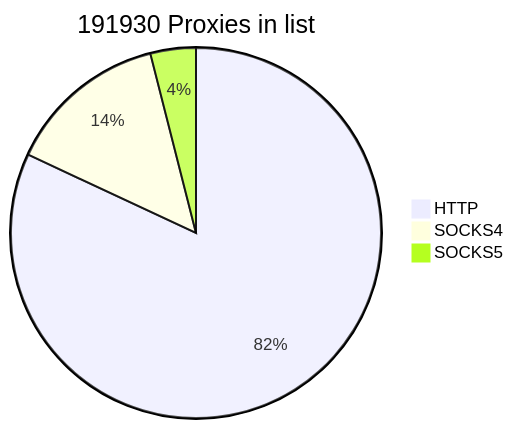
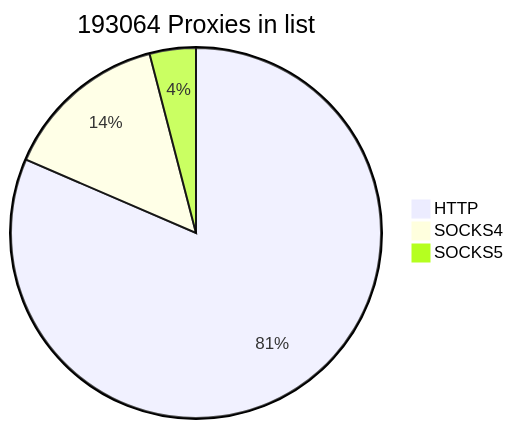
One commit to cutipu/proxylist changed the first of 2 diagrams in README.md. Above: the diagram before and after it, drawn with Mermaid. The commit also changed other lines of this file, not shown here.

````diff
--- a/README.md
+++ b/README.md
@@ -2,7 +2,7 @@
 ```mermaid
-pie title 191930 Proxies in list
-    "HTTP" : 157296
-    "SOCKS4" : 27025
-    "SOCKS5" : 7609
+pie title 193064 Proxies in list
+    "HTTP" : 157322
+    "SOCKS4" : 27951
+    "SOCKS5" : 7791
             
 ```
````
